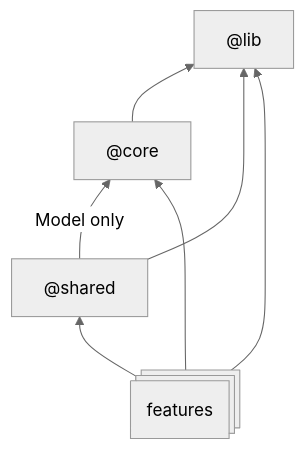
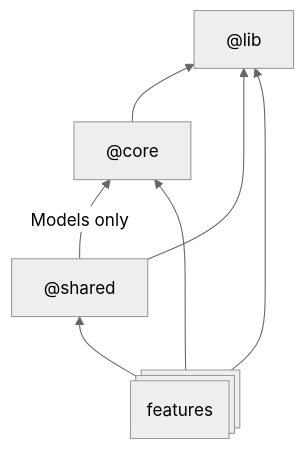
Before and after one commit to Nanges/ng-playground: the diagram in README.md, drawn with Mermaid (neutral theme).

````diff
--- a/README.md
+++ b/README.md
@@ -9,13 +9,13 @@
 ```mermaid
 flowchart BT
     lib["@lib"]
     core["@core"]
     shared["@shared"]
     feature@{ shape: procs, label: "features"}
     core --> lib
     shared --> lib
-    shared -- Model only --> core
+    shared -- Models only --> core
     feature --> lib
     feature --> core
     feature --> shared
 ```
````
